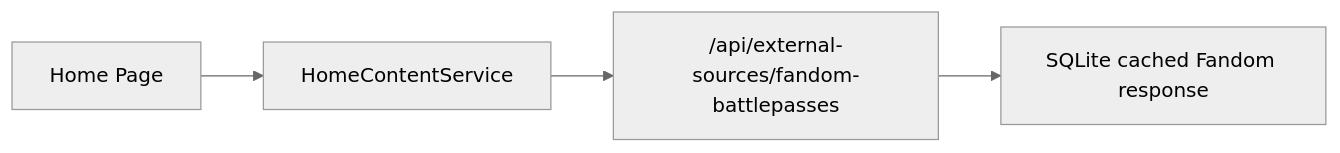
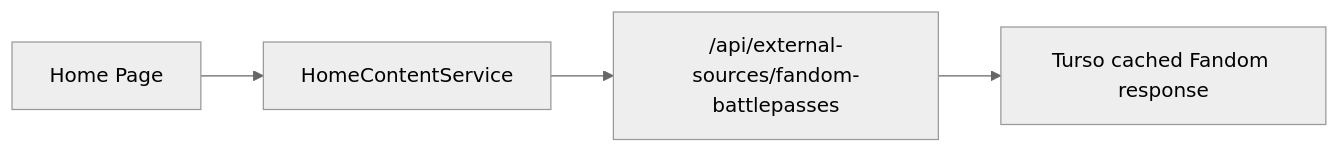
Before and after one commit to anthonyturner/marvel-rivals-coach: the seventh of 7 diagrams in src/docs/content-data-flow.md, drawn with Mermaid (neutral theme). The commit also changed other lines of this file and 12 other files, not shown here.

First line of the commit message:
feat: migrate from SQLite to Turso for database management

````diff
--- a/src/docs/content-data-flow.md
+++ b/src/docs/content-data-flow.md
@@ -228,6 +229,6 @@
 ```mermaid
 flowchart LR
   HomePage["Home Page"] --> HomeService["HomeContentService"]
   HomeService --> Api["/api/external-sources/fandom-battlepasses"]
-  Api --> DB["SQLite cached Fandom response"]
+  Api --> DB["Turso cached Fandom response"]
 ```
````
